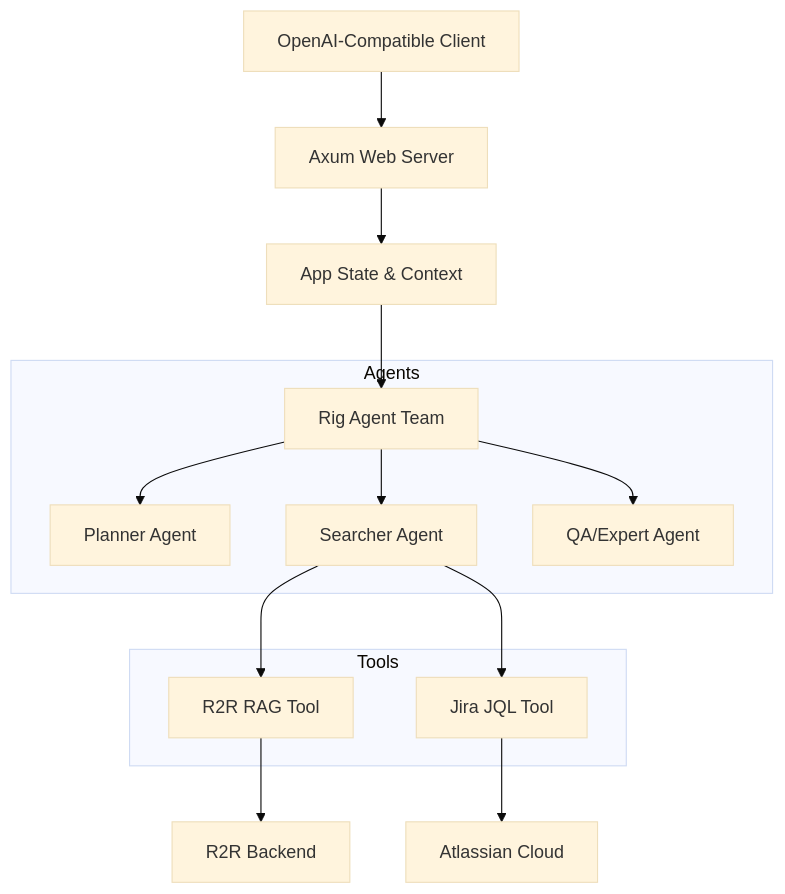
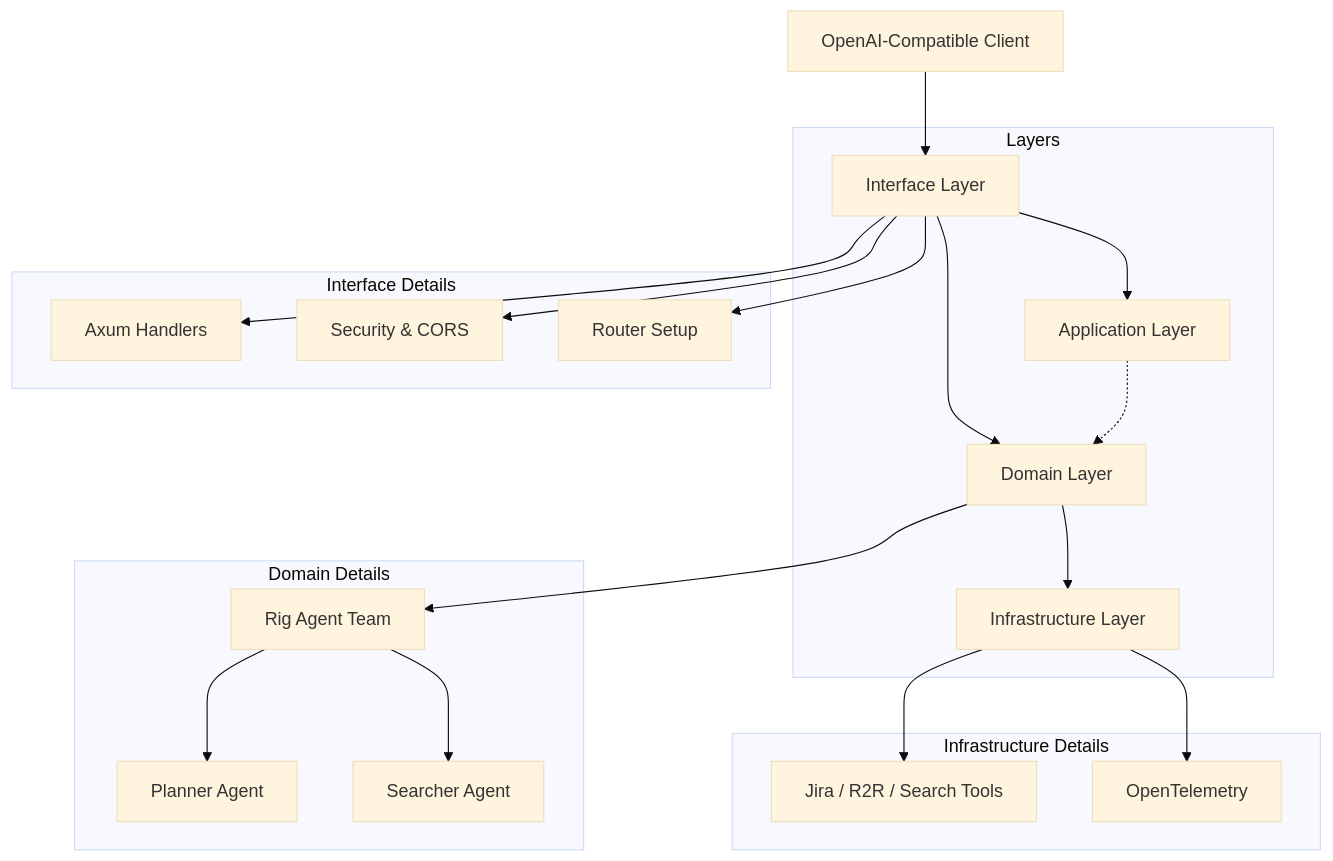
Before and after one commit to lgcorzo/fastapi-autogen-team: the first of 2 diagrams in README.md, drawn with Mermaid (base theme). The commit also changed other lines of this file and 5 other files, not shown here.

Commit message:
docs: update README and wiki for DDD architecture with Mermaid diagrams

````diff
--- a/README.md
+++ b/README.md
@@ -45,20 +42,28 @@
 ```mermaid
 graph TD
-    Client[OpenAI-Compatible Client] --> Axum[Axum Web Server]
-    Axum --> AppState[App State & Context]
-    AppState --> AgentTeam[Rig Agent Team]
+    Client[OpenAI-Compatible Client] --> Interface[Interface Layer]
     
-    subgraph Agents
+    subgraph Layers
+        Interface --> Application[Application Layer]
+        Interface --> Domain[Domain Layer]
+        Domain --> Infrastructure[Infrastructure Layer]
+        Application -.-> Domain
+    end
+
+    subgraph Interface Details
+        Interface --> Handlers[Axum Handlers]
+        Interface --> Middleware[Security & CORS]
+        Interface --> Routes[Router Setup]
+    end
+
+    subgraph Domain Details
+        Domain --> AgentTeam[Rig Agent Team]
         AgentTeam --> Planner[Planner Agent]
         AgentTeam --> Searcher[Searcher Agent]
-        AgentTeam --> QA[QA/Expert Agent]
     end
 
-    subgraph Tools
-        Searcher --> R2R[R2R RAG Tool]
-        Searcher --> Jira[Jira JQL Tool]
+    subgraph Infrastructure Details
+        Infrastructure --> Tools[Jira / R2R / Search Tools]
+        Infrastructure --> Telemetry[OpenTelemetry]
     end
-
-    R2R --> R2RBkd[R2R Backend]
-    Jira --> JiraBkd[Atlassian Cloud]
 ```
````
